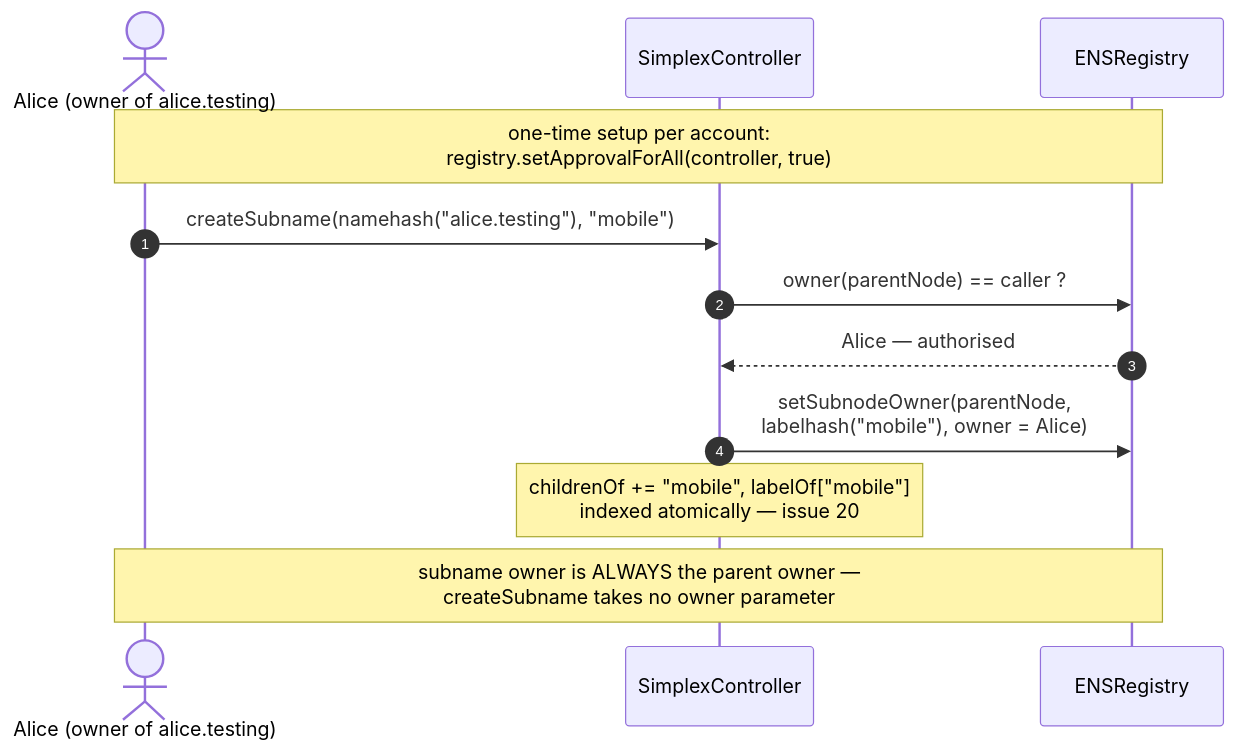
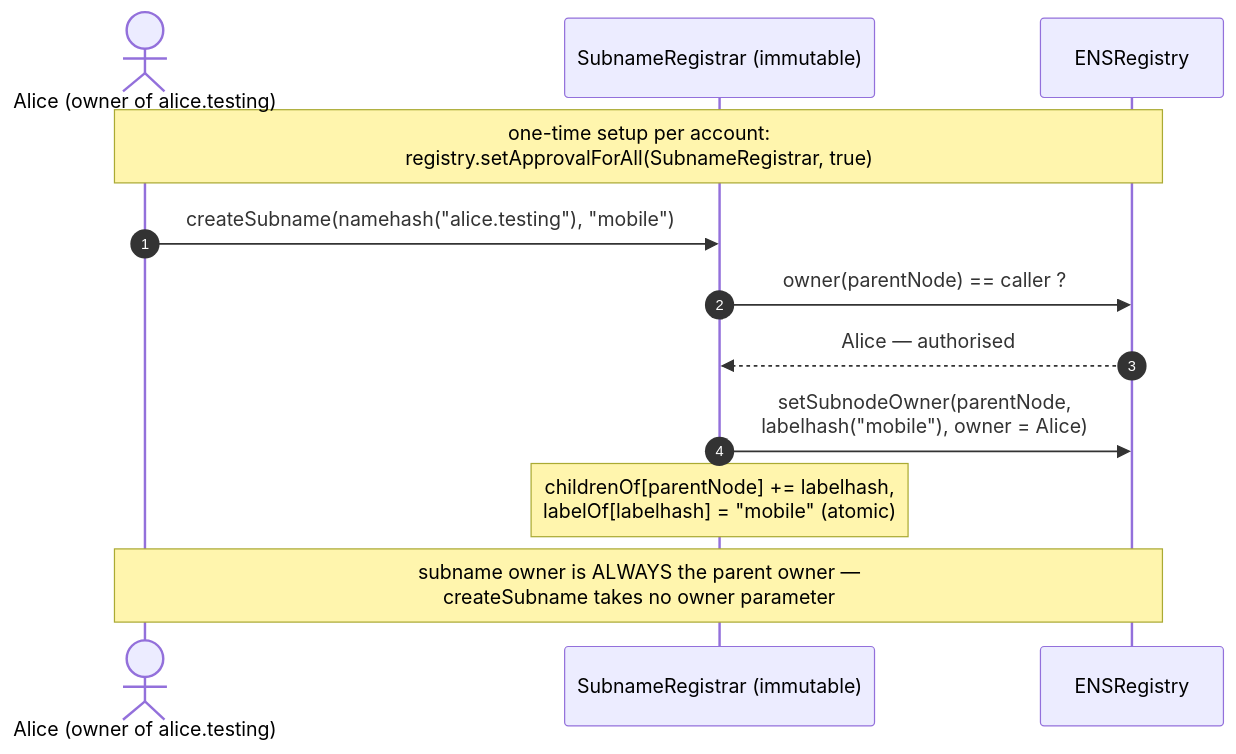
One commit to brenzi/simplex-namespace-contract changed the fourth of 7 diagrams in docs/sequence-happy-flow.md. Above: the diagram before and after it, drawn with Mermaid. The commit also changed other lines of this file and 2 other files, not shown here.

````diff
--- a/docs/sequence-happy-flow.md
+++ b/docs/sequence-happy-flow.md
@@ -54,15 +97,15 @@
 ```mermaid
 sequenceDiagram
     autonumber
     actor U as Alice (owner of alice.testing)
-    participant C as SimplexController
+    participant SR as SubnameRegistrar (immutable)
     participant R as ENSRegistry
 
-    note over U,R: one-time setup per account:<br/>registry.setApprovalForAll(controller, true)
-    U->>C: createSubname(namehash("alice.testing"), "mobile")
-    C->>R: owner(parentNode) == caller ?
-    R-->>C: Alice — authorised
-    C->>R: setSubnodeOwner(parentNode,<br/>labelhash("mobile"), owner = Alice)
-    note over C: childrenOf += "mobile", labelOf["mobile"]<br/>indexed atomically — issue 20
+    note over U,R: one-time setup per account:<br/>registry.setApprovalForAll(SubnameRegistrar, true)
+    U->>SR: createSubname(namehash("alice.testing"), "mobile")
+    SR->>R: owner(parentNode) == caller ?
+    R-->>SR: Alice — authorised
+    SR->>R: setSubnodeOwner(parentNode,<br/>labelhash("mobile"), owner = Alice)
+    note over SR: childrenOf[parentNode] += labelhash,<br/>labelOf[labelhash] = "mobile" (atomic)
     note over U,R: subname owner is ALWAYS the parent owner —<br/>createSubname takes no owner parameter
 ```
````
